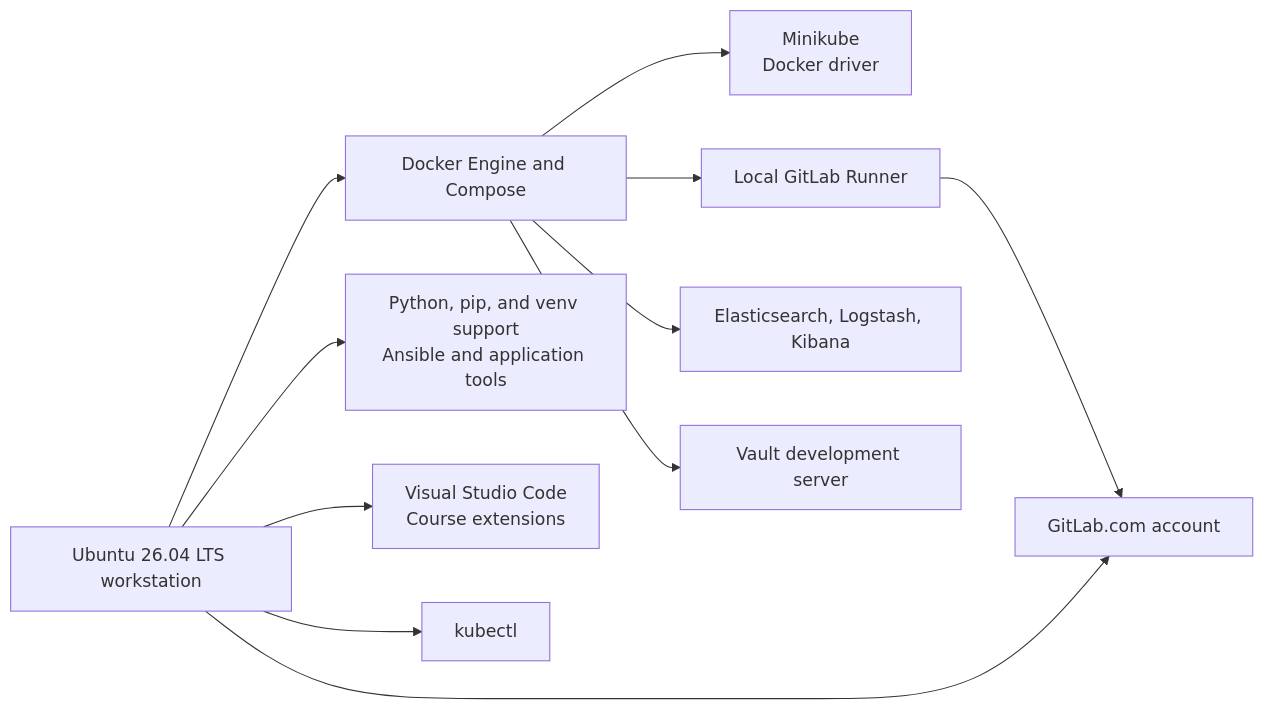
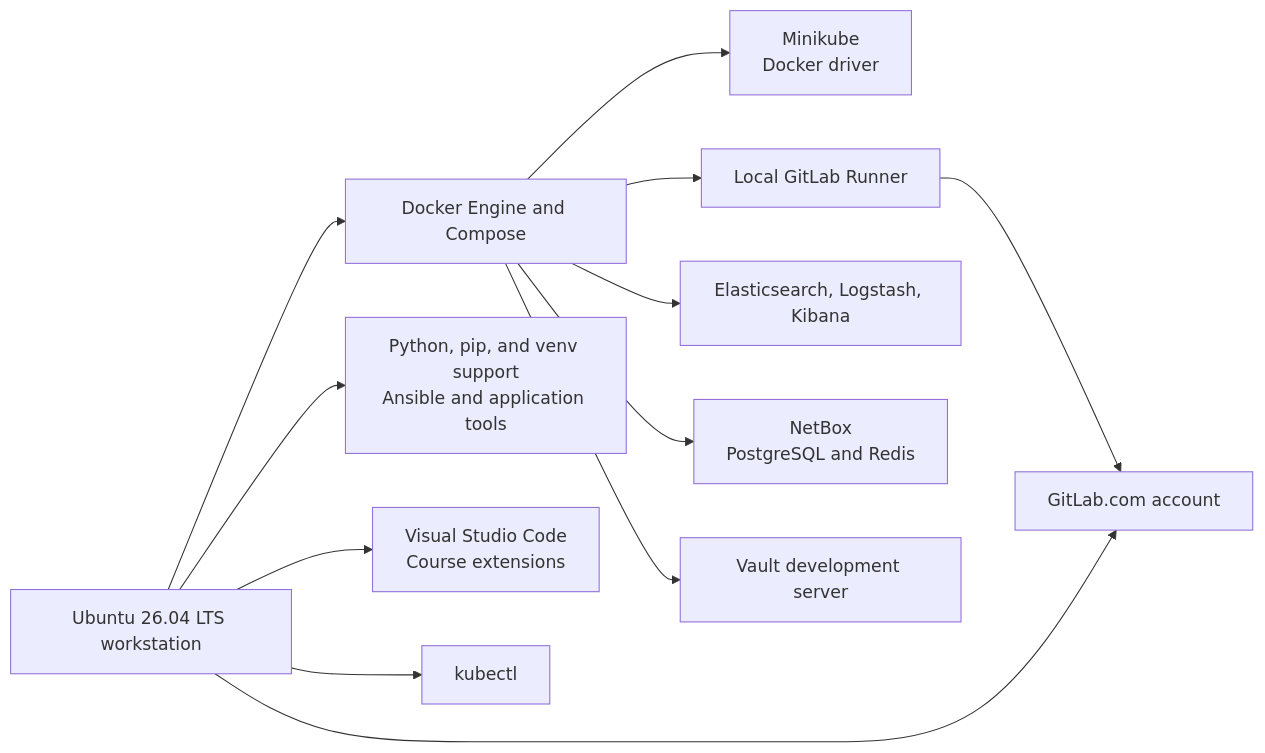
Before and after one commit to tanthanh85/devops: the diagram in lab/Lab 01 - Workstation Installation/Lab1.md, drawn with Mermaid. The commit also changed other lines of this file and 1 other file, not shown here.

````diff
--- a/lab/Lab 01 - Workstation Installation/Lab1.md
+++ b/lab/Lab 01 - Workstation Installation/Lab1.md
@@ -40,13 +41,14 @@
 ```mermaid
 flowchart LR
     U["Ubuntu 26.04 LTS workstation"] --> D["Docker Engine and Compose"]
     U --> P["Python, pip, and venv support<br/>Ansible and application tools"]
     U --> C["Visual Studio Code<br/>Course extensions"]
     U --> K["kubectl"]
     D --> M["Minikube<br/>Docker driver"]
     U --> G["GitLab.com account"]
     D --> GR["Local GitLab Runner"]
     GR --> G
     D --> E["Elasticsearch, Logstash, Kibana"]
+    D --> N["NetBox<br/>PostgreSQL and Redis"]
     D --> V["Vault development server"]
 ```
````
